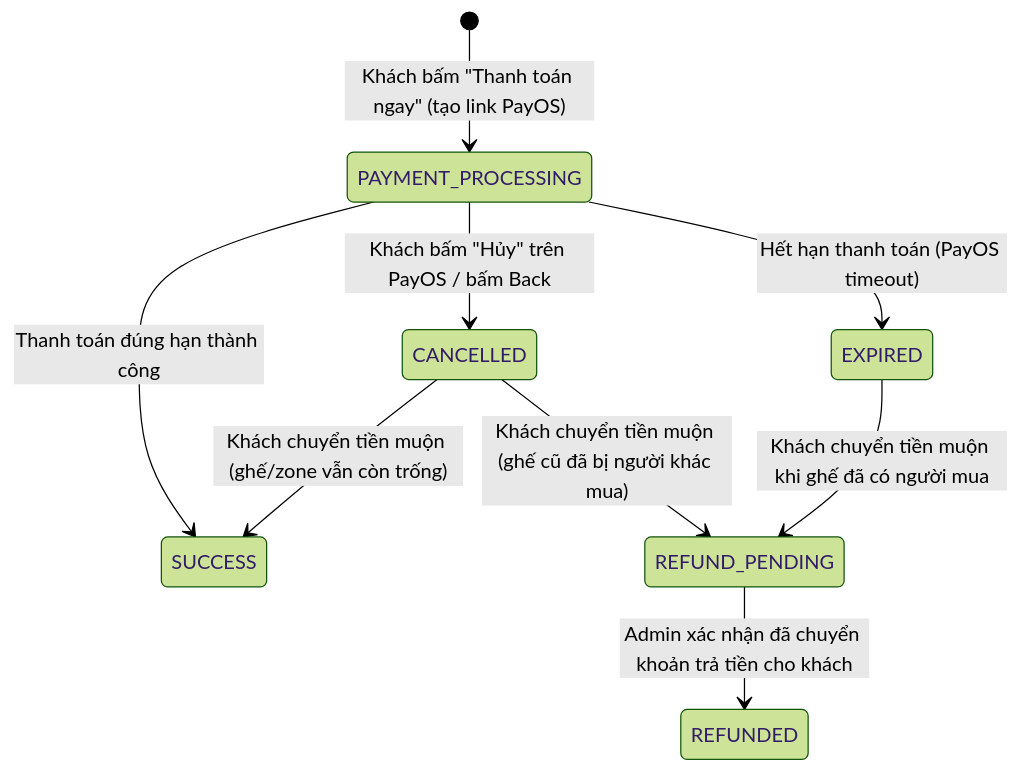
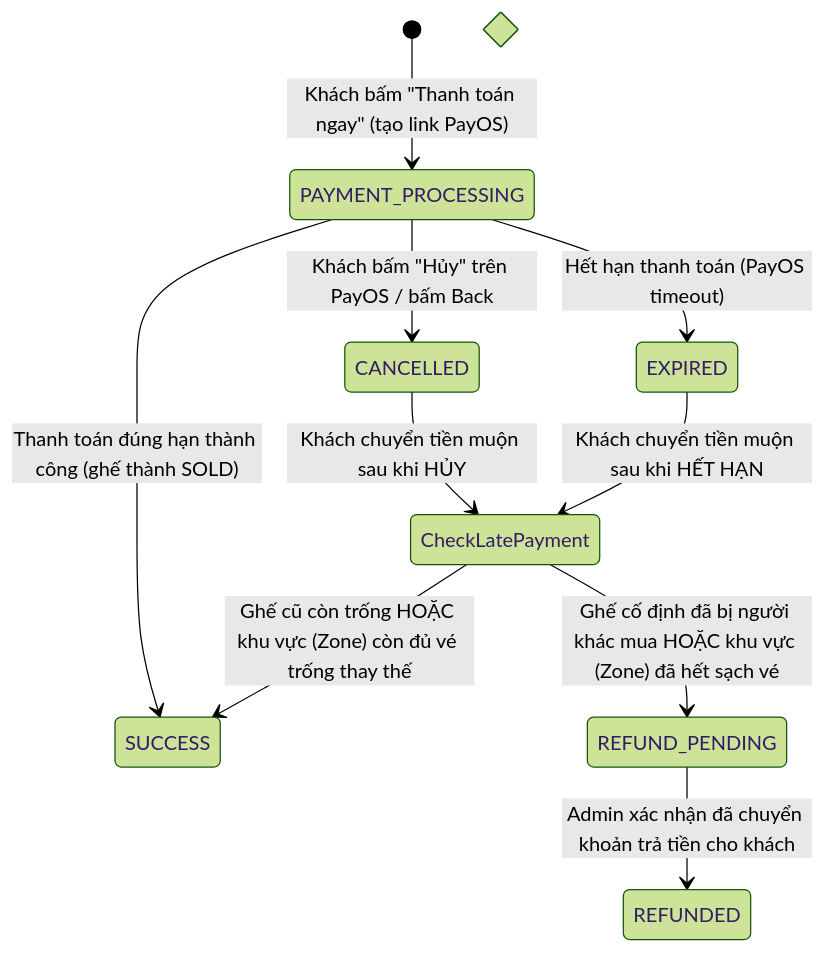
The diagram in docs/payment/PAYMENT_FLOW.md (minggquyt/sell-ticket-be-demo), drawn with Mermaid (forest theme) before and after one commit.

Commit message:
chỉnh flowchart chút

````diff
--- a/docs/payment/PAYMENT_FLOW.md
+++ b/docs/payment/PAYMENT_FLOW.md
@@ -9,14 +9,18 @@
 ```mermaid
 stateDiagram-v2
     [*] --> PAYMENT_PROCESSING: Khách bấm "Thanh toán ngay" (tạo link PayOS)
     
-    PAYMENT_PROCESSING --> SUCCESS: Thanh toán đúng hạn thành công
+    PAYMENT_PROCESSING --> SUCCESS: Thanh toán đúng hạn thành công (ghế thành SOLD)
     PAYMENT_PROCESSING --> CANCELLED: Khách bấm "Hủy" trên PayOS / bấm Back
     PAYMENT_PROCESSING --> EXPIRED: Hết hạn thanh toán (PayOS timeout)
     
-    CANCELLED --> SUCCESS: Khách chuyển tiền muộn (ghế/zone vẫn còn trống)
-    CANCELLED --> REFUND_PENDING: Khách chuyển tiền muộn (ghế cũ đã bị người khác mua)
-    EXPIRED --> REFUND_PENDING: Khách chuyển tiền muộn khi ghế đã có người mua
+    state "Kiểm tra ghế/khu vực khi tiền về trễ" as CheckLatePayment <<choice>>
+    
+    CANCELLED --> CheckLatePayment: Khách chuyển tiền muộn sau khi HỦY
+    EXPIRED --> CheckLatePayment: Khách chuyển tiền muộn sau khi HẾT HẠN
+    
+    CheckLatePayment --> SUCCESS: Ghế cũ còn trống HOẶC khu vực (Zone) còn đủ vé trống thay thế
+    CheckLatePayment --> REFUND_PENDING: Ghế cố định đã bị người khác mua HOẶC khu vực (Zone) đã hết sạch vé
     
     REFUND_PENDING --> REFUNDED: Admin xác nhận đã chuyển khoản trả tiền cho khách
 ```
````
